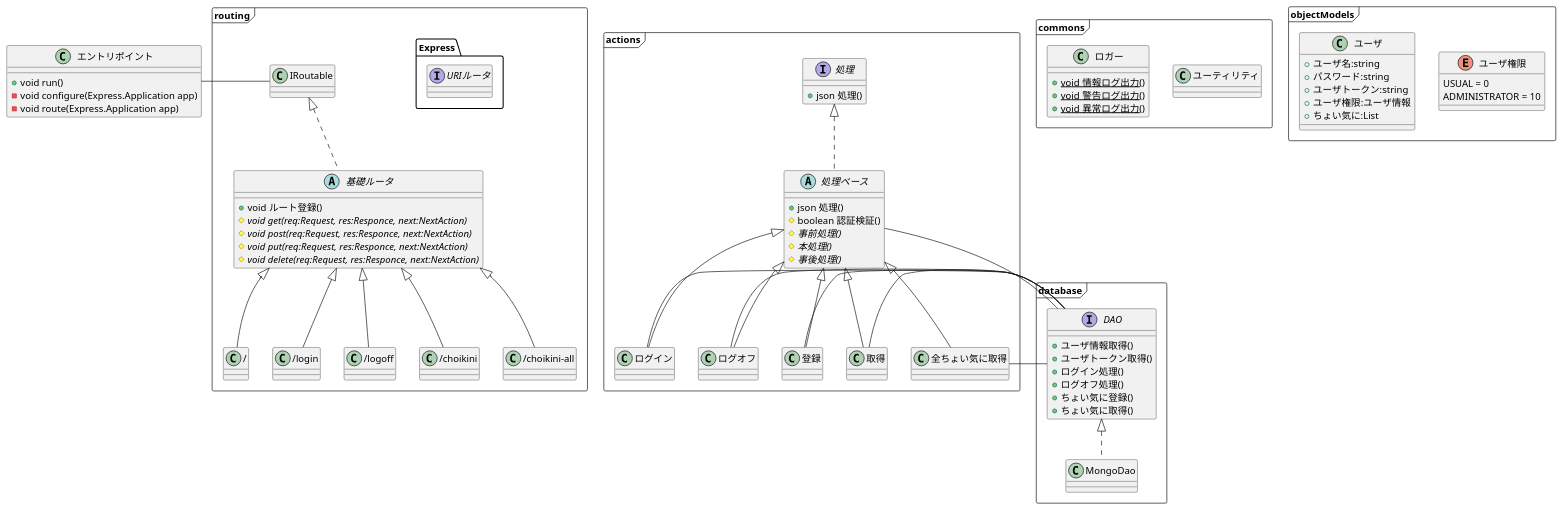
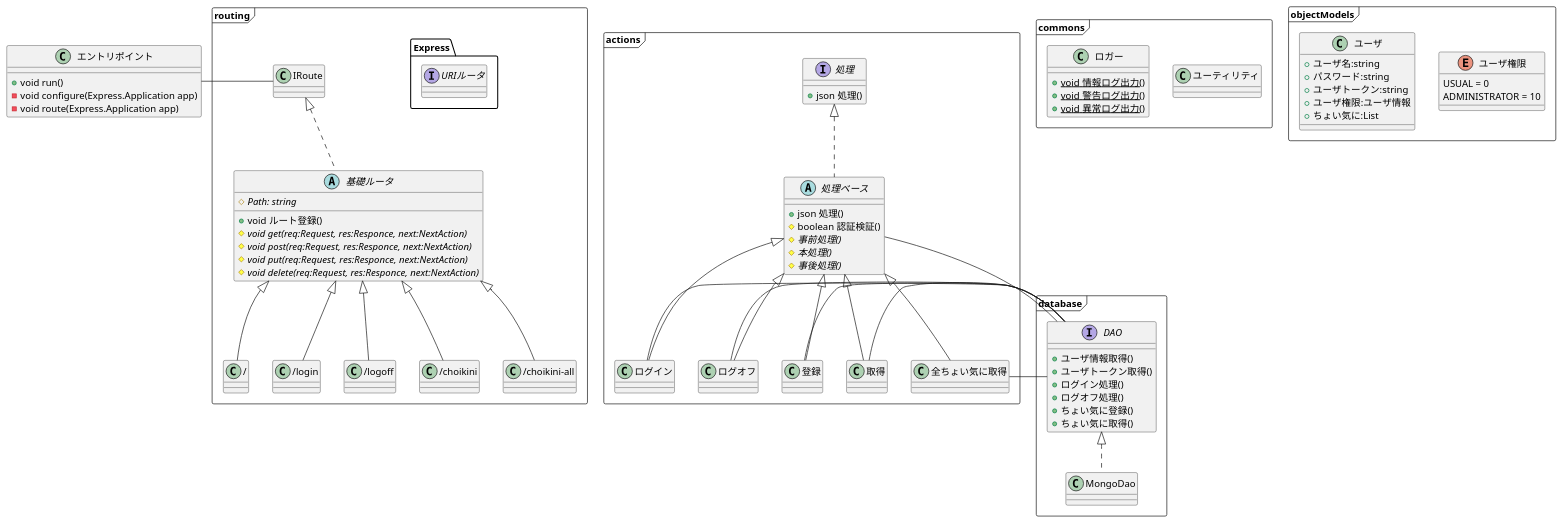
The diagram in design/01-requirement/02-01_CL_classdiagram.puml (filunK/choikini), drawn with PlantUML before and after one commit. The commit also changed 1 other file, not shown here.

Commit message:
change architecture

```diff
--- a/design/01-requirement/02-01_CL_classdiagram.puml
+++ b/design/01-requirement/02-01_CL_classdiagram.puml
@@ -1,144 +1,145 @@
 @startuml
 
     
     package commons <<Frame>> {
         class ユーティリティ {
 
         }
 
         class Logger as "ロガー" {
             +{static} void 情報ログ出力()
             +{static} void 警告ログ出力()
             +{static} void 異常ログ出力()
             
         }
         
     }
     
     
     class Application as "エントリポイント" {
         +void run()
         -void configure(Express.Application app)
         -void route(Express.Application app)
     }
 
     package routing <<Frame>> {
 
-        Application - IRoutable
+        Application - IRoute
         interface Express.IRoute as "URIルータ" {
         }
 
-        IRoutable <|.. RouteBase
+        IRoute <|.. RouteBase
         abstract class RouteBase as "基礎ルータ" {
+            #{abstract}Path: string
             +void ルート登録()
             #{abstract}void get(req:Request, res:Responce, next:NextAction)
             #{abstract}void post(req:Request, res:Responce, next:NextAction)
             #{abstract}void put(req:Request, res:Responce, next:NextAction)
             #{abstract}void delete(req:Request, res:Responce, next:NextAction)
         }
 
         RouteBase <|-- Index
         class Index as "/" {
         }
 
         RouteBase <|-- Login
         class Login as "/login" {
         }
 
         RouteBase <|-- Logoff
         class Logoff as "/logoff" {
         }
 
         RouteBase <|-- Choikini
         class Choikini as "/choikini" {
         }
         
         RouteBase <|-- ChoikiniAll
         class ChoikiniAll as "/choikini-all" {
         }
 
     }
     
     
     package actions <<Frame>> {
         interface IActionable as "処理" {
             +json 処理()
         }
 
         IActionable <|.. ActionBase
         abstract class ActionBase as "処理ベース" {
             +json 処理()
             #boolean 認証検証()
             #{abstract} 事前処理()
             #{abstract} 本処理()
             #{abstract} 事後処理()
         }
         
         ActionBase <|-- LoginAction
         class LoginAction as "ログイン" {
         }
         
         ActionBase <|-- LogoffAction
         class LogoffAction as "ログオフ" {
         }
 
         ActionBase <|-- RegistAction
         class RegistAction as "登録" {
         }
 
         ActionBase <|-- SelectAction
         class SelectAction as "取得" {
         }
 
         ActionBase <|-- SelectAllAction
         class SelectAllAction as "全ちょい気に取得" {
         }
 
     }
     
     
     
     package database <<Frame>> {
 
         ActionBase - Dao
         LoginAction - Dao
         LogoffAction - Dao
         RegistAction - Dao
         SelectAction - Dao
         SelectAllAction - Dao
         interface Dao as "DAO" {
             +ユーザ情報取得()
             +ユーザトークン取得()
             +ログイン処理()
             +ログオフ処理()
             +ちょい気に登録()
             +ちょい気に取得()
             
         }
 
         Dao <|.. MongoDao
         class MongoDao {
         }
 
     }
     
     
     package objectModels <<Frame>> {
         enum userAuthType as "ユーザ権限" {
             USUAL = 0
             ADMINISTRATOR = 10
         }
     
         class User as "ユーザ" {
             +ユーザ名:string
             +パスワード:string
             +ユーザトークン:string
             +ユーザ権限:ユーザ情報
             +ちょい気に:List
         }
  
     }
 
 
 
 @enduml
```
